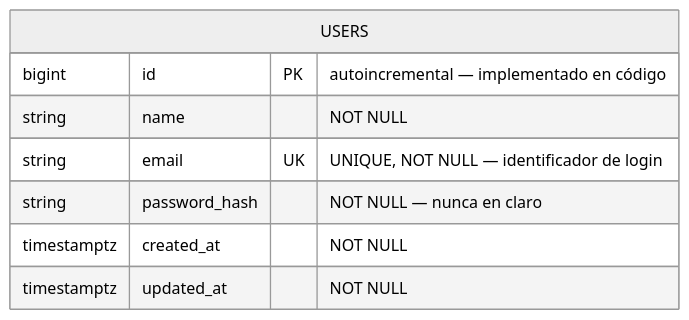
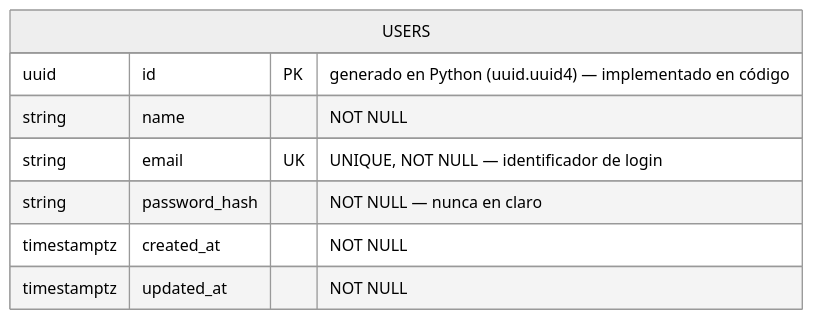
Before and after one commit to Fernandito41/THERS_REDSOCIAL: the diagram in docs/architecture/DATABASE_ERD.md, drawn with Mermaid (neutral theme). The commit also changed other lines of this file and 4 other files, not shown here.

First line of the commit message:
refactor(backend): cambiar id de users de BIGINT a UUID

````diff
--- a/docs/architecture/DATABASE_ERD.md
+++ b/docs/architecture/DATABASE_ERD.md
@@ -38,11 +38,11 @@
 ```mermaid
 erDiagram
     USERS {
-        bigint id PK "autoincremental — implementado en código"
+        uuid id PK "generado en Python (uuid.uuid4) — implementado en código"
         string name "NOT NULL"
         string email UK "UNIQUE, NOT NULL — identificador de login"
         string password_hash "NOT NULL — nunca en claro"
         timestamptz created_at "NOT NULL"
         timestamptz updated_at "NOT NULL"
     }
 ```
````
